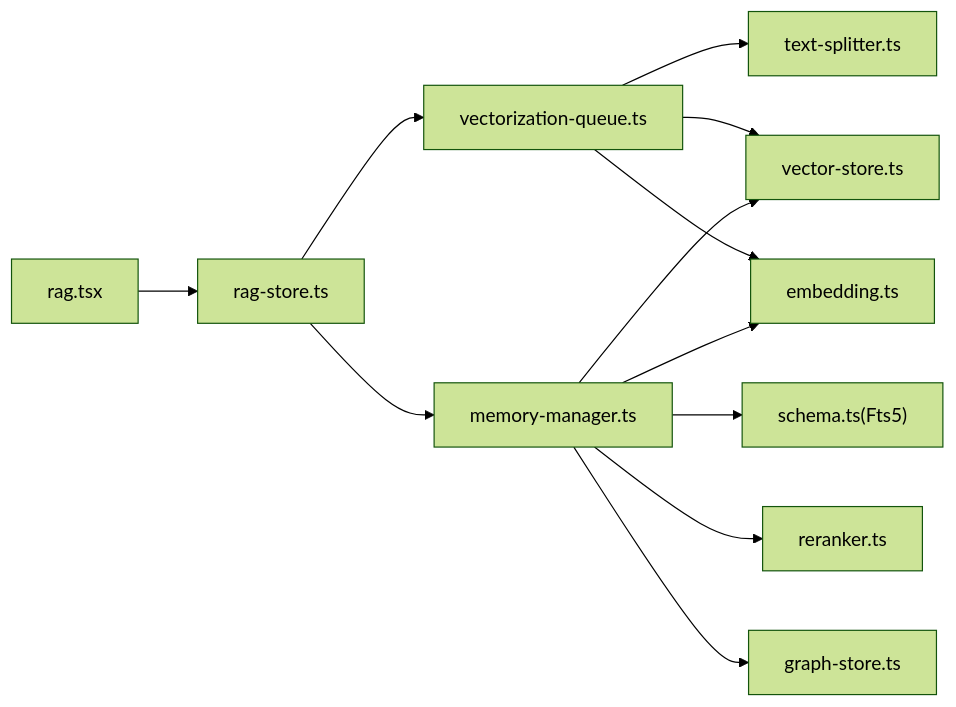
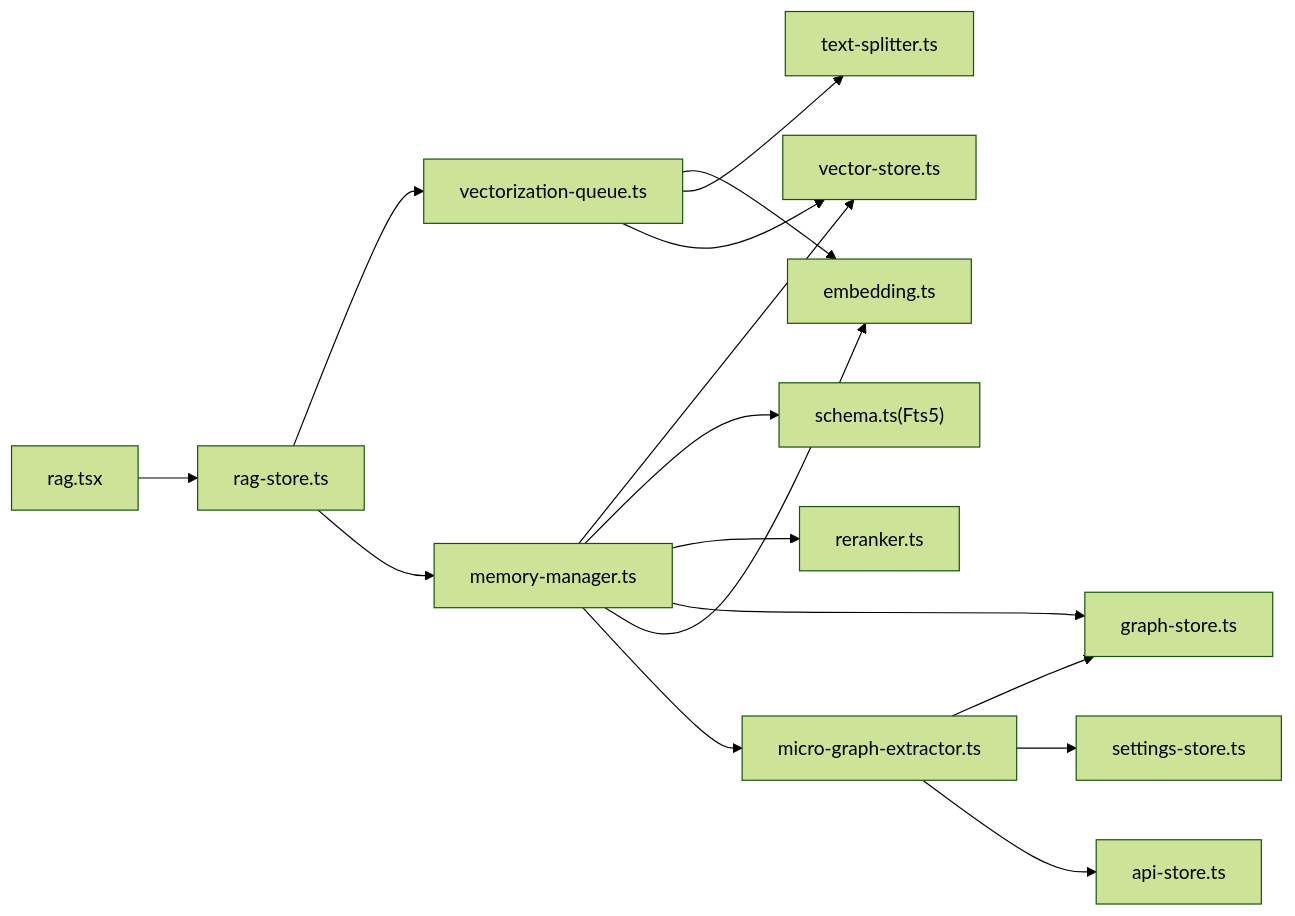
One commit to NarcisWL/Nexara changed the tenth of 10 diagrams in .qoder/repowiki/zh/content/项目概述/核心功能特性/RAG知识引擎.md. Above: the diagram before and after it, drawn with Mermaid (forest theme). The commit also changed other lines of this file and 6 other files, not shown here.

````diff
--- a/.qoder/repowiki/zh/content/项目概述/核心功能特性/RAG知识引擎.md
+++ b/.qoder/repowiki/zh/content/项目概述/核心功能特性/RAG知识引擎.md
@@ -376,14 +454,18 @@
 ```mermaid
 graph LR
 MM["memory-manager.ts"] --> VS["vector-store.ts"]
 MM --> KR["schema.ts(Fts5)"]
 MM --> Rer["reranker.ts"]
 MM --> GStore["graph-store.ts"]
 MM --> Emb["embedding.ts"]
+MM --> JIT["micro-graph-extractor.ts"]
 Queue["vectorization-queue.ts"] --> Emb
 Queue --> Split["text-splitter.ts"]
 Queue --> VS
+JIT --> GStore
+JIT --> Settings["settings-store.ts"]
+JIT --> API["api-store.ts"]
 UI["rag.tsx"] --> Store["rag-store.ts"]
 Store --> Queue
 Store --> MM
 ```
````
